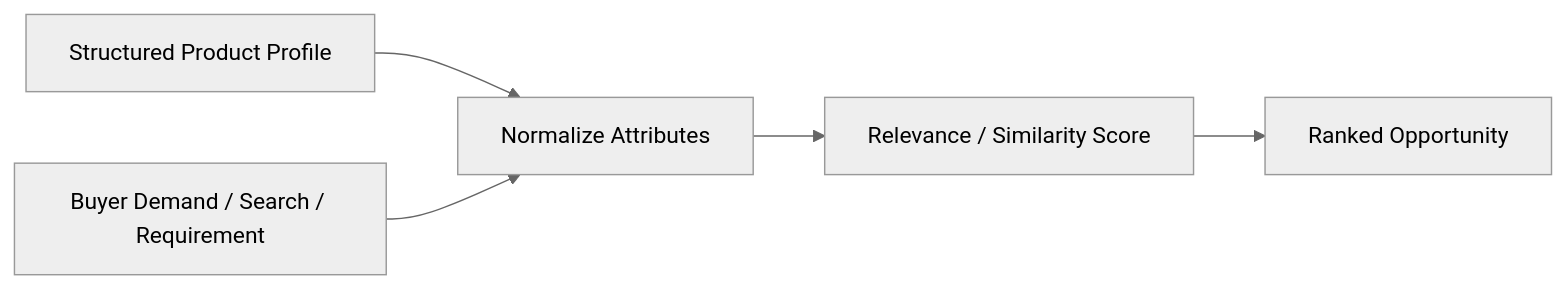
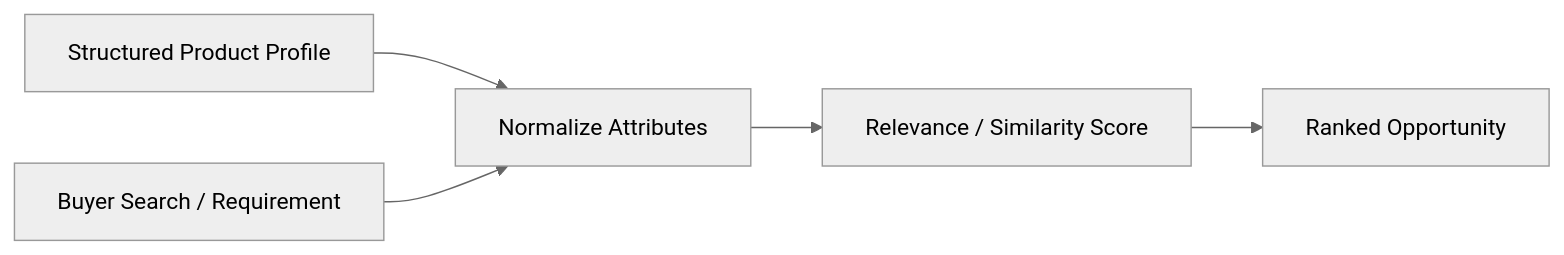
Before and after one commit to LaKsHaY5280/SIH-strat: the ninth of 16 diagrams in ARCHITECTURE_26090.md, drawn with Mermaid (neutral theme). The commit also changed other lines of this file, not shown here.

Commit message:
architecture v2

````diff
--- a/ARCHITECTURE_26090.md
+++ b/ARCHITECTURE_26090.md
@@ -683,12 +1097,13 @@
 ```mermaid
 flowchart LR
     Product["Structured Product Profile"]
-    Demand["Buyer Demand / Search / Requirement"]
+    Demand["Buyer Search / Requirement"]
     Normalize["Normalize Attributes"]
     Score["Relevance / Similarity Score"]
     Opportunity["Ranked Opportunity"]
 
     Product --> Normalize
     Demand --> Normalize
-    Normalize --> Score --> Opportunity
+    Normalize --> Score
+    Score --> Opportunity
 ```
````
